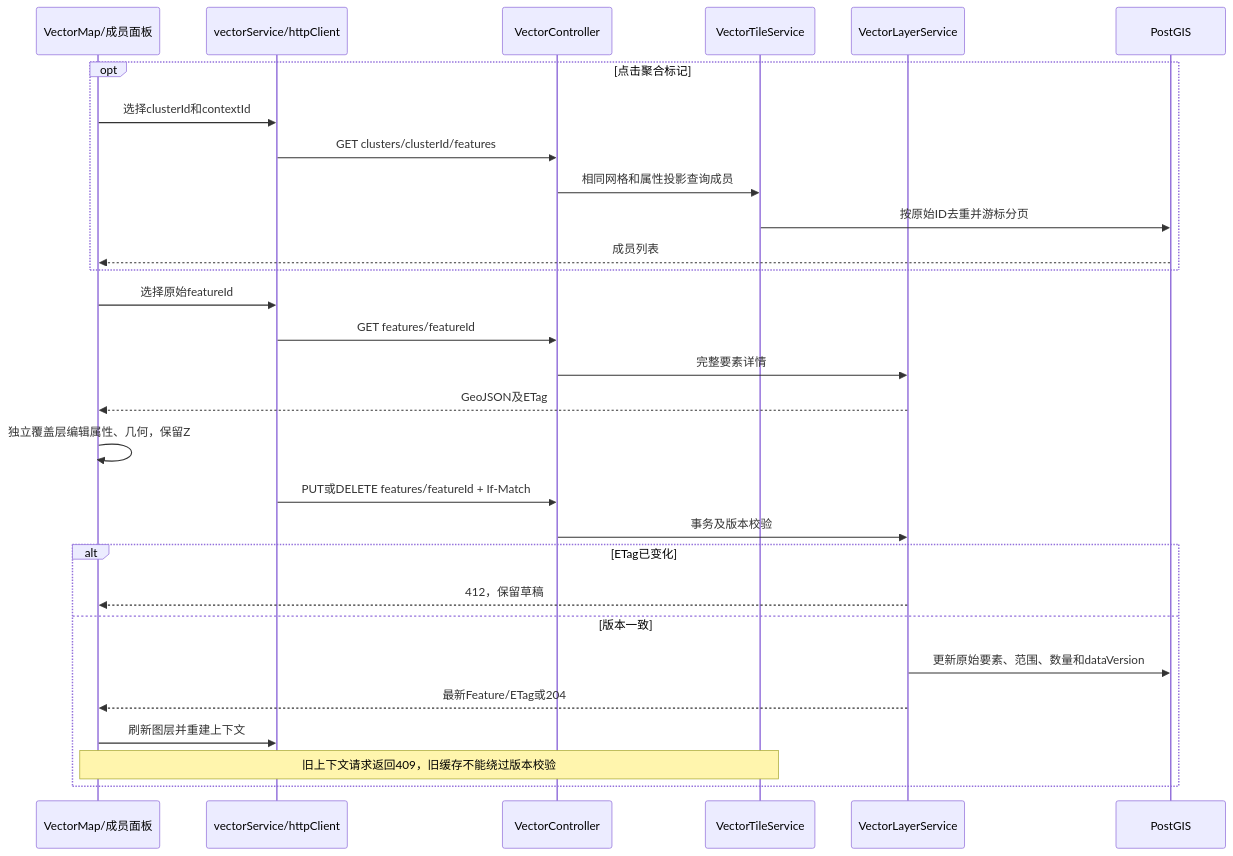
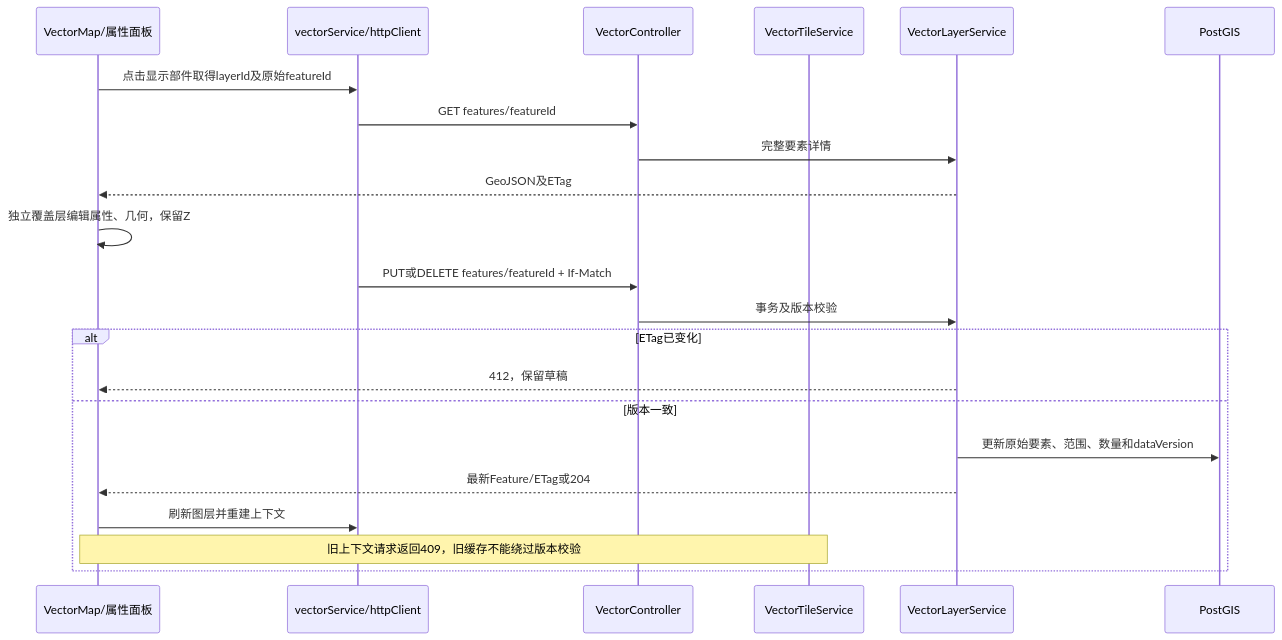
The third of 3 diagrams in docs/ARCHITECTURE 架构说明.md (ch-dpf/Ocean_Admin_Service), drawn with Mermaid before and after one commit. The commit also changed other lines of this file and 11 other files, not shown here.

````diff
--- a/docs/ARCHITECTURE 架构说明.md
+++ b/docs/ARCHITECTURE 架构说明.md
@@ -111,31 +114,24 @@
 ```mermaid
 sequenceDiagram
-  participant UI as VectorMap/成员面板
+  participant UI as VectorMap/属性面板
   participant HTTP as vectorService/httpClient
   participant API as VectorController
   participant Tile as VectorTileService
   participant Layer as VectorLayerService
   participant DB as PostGIS
-  opt 点击聚合标记
-    UI->>HTTP: 选择clusterId和contextId
-    HTTP->>API: GET clusters/clusterId/features
-    API->>Tile: 相同网格和属性投影查询成员
-    Tile->>DB: 按原始ID去重并游标分页
-    DB-->>UI: 成员列表
-  end
-  UI->>HTTP: 选择原始featureId
+  UI->>HTTP: 点击显示部件取得layerId及原始featureId
   HTTP->>API: GET features/featureId
   API->>Layer: 完整要素详情
   Layer-->>UI: GeoJSON及ETag
   UI->>UI: 独立覆盖层编辑属性、几何，保留Z
   HTTP->>API: PUT或DELETE features/featureId + If-Match
   API->>Layer: 事务及版本校验
   alt ETag已变化
     Layer-->>UI: 412，保留草稿
   else 版本一致
     Layer->>DB: 更新原始要素、范围、数量和dataVersion
     Layer-->>UI: 最新Feature/ETag或204
     UI->>HTTP: 刷新图层并重建上下文
     Note over UI,Tile: 旧上下文请求返回409，旧缓存不能绕过版本校验
   end
 ```
````
